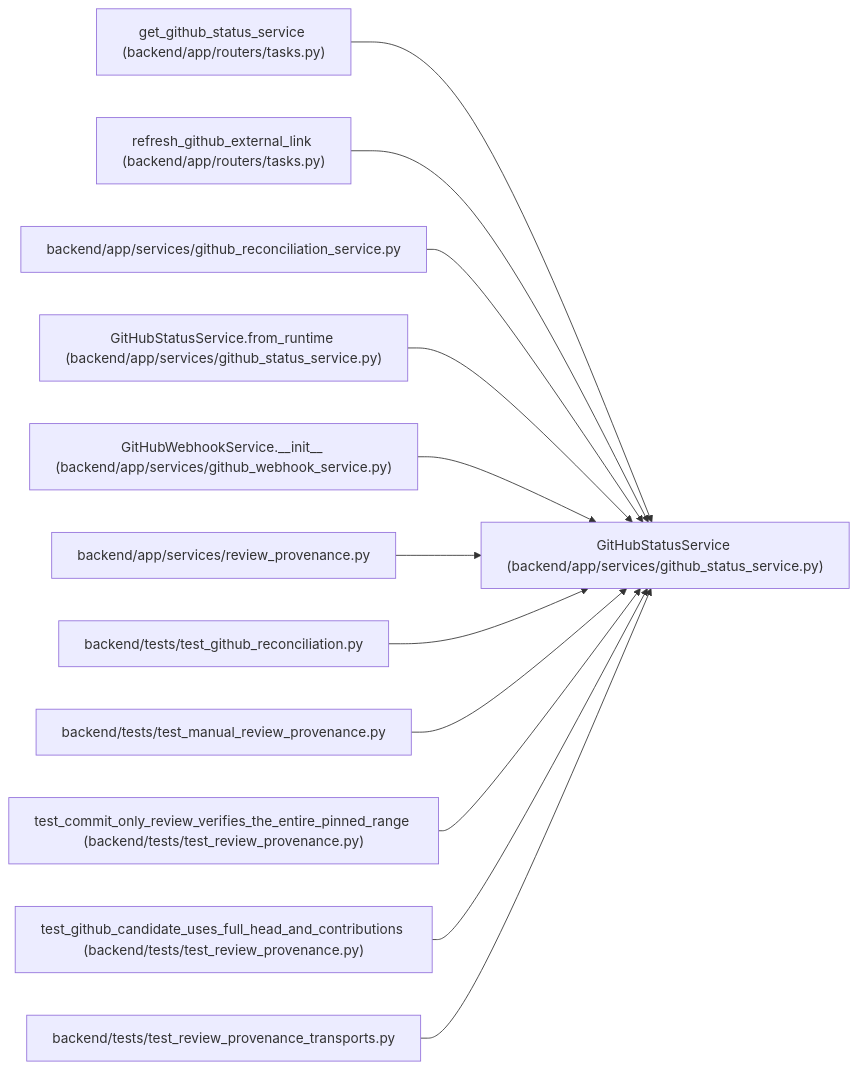
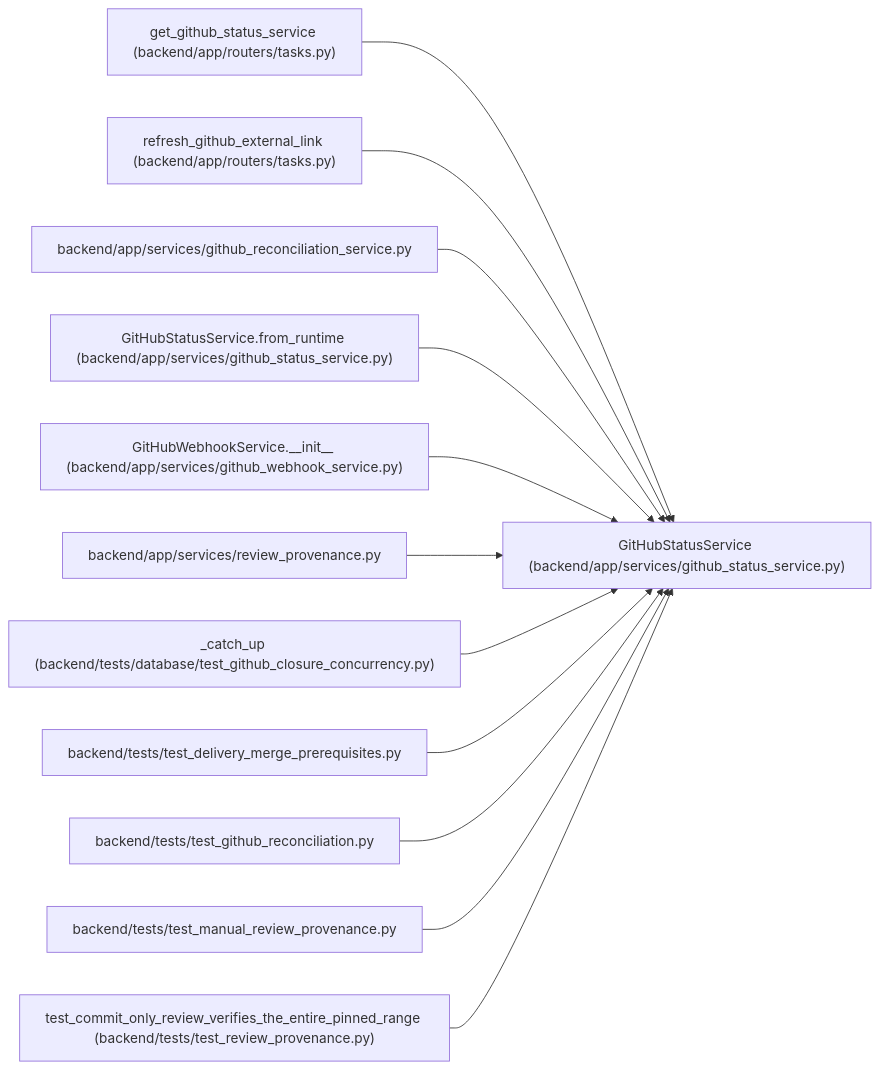
One commit to Denissvgn/WorkChord changed the diagram in docs/llm_wiki/entities/GitHubStatusService.md. Above: the diagram before and after it, drawn with Mermaid. The commit also changed other lines of this file and 1420 other files, not shown here.

First line of the commit message:
Refresh the architectural wiki for the 1.10.0 changes

````diff
--- a/docs/llm_wiki/entities/GitHubStatusService.md
+++ b/docs/llm_wiki/entities/GitHubStatusService.md
@@ -45,38 +50,38 @@
 ```mermaid
 flowchart LR
     n0["GitHubStatusService (backend/app/services/github_status_service.py)"]
     n1["get_github_status_service (backend/app/routers/tasks.py)"]
     n2["refresh_github_external_link (backend/app/routers/tasks.py)"]
     n3["backend/app/services/github_reconciliation_service.py"]
     n4["GitHubStatusService.from_runtime (backend/app/services/github_status_service.py)"]
     n5["GitHubWebhookService.__init__ (backend/app/services/github_webhook_service.py)"]
     n6["backend/app/services/review_provenance.py"]
-    n7["backend/tests/test_github_reconciliation.py"]
-    n8["backend/tests/test_manual_review_provenance.py"]
-    n9["test_commit_only_review_verifies_the_entire_pinned_range (backend/tests/test_review_provenance.py)"]
-    n10["test_github_candidate_uses_full_head_and_contributions (backend/tests/test_review_provenance.py)"]
-    n11["backend/tests/test_review_provenance_transports.py"]
+    n7["_catch_up (backend/tests/database/test_github_closure_concurrency.py)"]
+    n8["backend/tests/test_delivery_merge_prerequisites.py"]
+    n9["backend/tests/test_github_reconciliation.py"]
+    n10["backend/tests/test_manual_review_provenance.py"]
+    n11["test_commit_only_review_verifies_the_entire_pinned_range (backend/tests/test_review_provenance.py)"]
     n1 --> n0
     n2 --> n0
     n3 --> n0
     n4 --> n0
     n5 --> n0
     n6 --> n0
     n7 --> n0
     n8 --> n0
     n9 --> n0
     n10 --> n0
     n11 --> n0
     click n0 "../modules/github_status_service.md"
     click n1 "../modules/tasks.md"
     click n2 "../modules/tasks.md"
     click n3 "../modules/github_reconciliation_service.md"
     click n4 "../modules/github_status_service.md"
     click n5 "../modules/github_webhook_service.md"
     click n6 "../modules/review_provenance.md"
-    click n7 "../modules/test_github_reconciliation.md"
-    click n8 "../modules/test_manual_review_provenance.md"
-    click n9 "../modules/test_review_provenance.md"
-    click n10 "../modules/test_review_provenance.md"
-    click n11 "../modules/test_review_provenance_transports.md"
+    click n7 "../modules/test_github_closure_concurrency.md"
+    click n8 "../modules/test_delivery_merge_prerequisites.md"
+    click n9 "../modules/test_github_reconciliation.md"
+    click n10 "../modules/test_manual_review_provenance.md"
+    click n11 "../modules/test_review_provenance.md"
 ```
````
